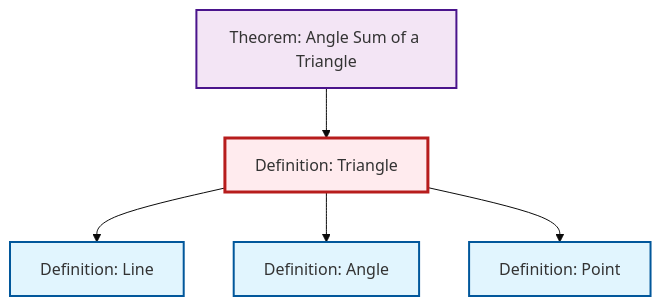
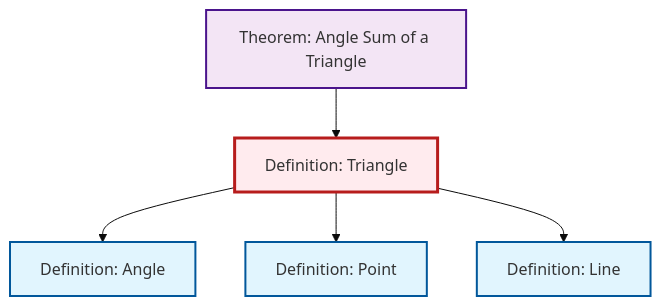
One commit to RK0429/ModernMath changed the diagram in content/en/geometry/def-triangle.qmd. Above: the diagram before and after it, drawn with Mermaid (base theme). The commit also changed other lines of this file and 417 other files, not shown here.

````diff
--- a/content/en/geometry/def-triangle.qmd
+++ b/content/en/geometry/def-triangle.qmd
@@ -59,23 +59,23 @@
 ```{mermaid}
 %%| fig-cap: "Local dependency graph"
 graph TD
     classDef definition fill:#e1f5fe,stroke:#01579b,stroke-width:2px
     classDef theorem fill:#f3e5f5,stroke:#4a148c,stroke-width:2px
     classDef axiom fill:#fff3e0,stroke:#e65100,stroke-width:2px
     classDef example fill:#e8f5e9,stroke:#1b5e20,stroke-width:2px
     classDef current fill:#ffebee,stroke:#b71c1c,stroke-width:3px
+    def-point["Definition: Point"]:::definition
     thm-angle-sum-triangle["Theorem: Angle Sum of a Triangle"]:::theorem
-    def-point["Definition: Point"]:::definition
     def-triangle["Definition: Triangle"]:::definition
+    def-angle["Definition: Angle"]:::definition
     def-line["Definition: Line"]:::definition
-    def-angle["Definition: Angle"]:::definition
-    def-triangle --> def-line
     def-triangle --> def-angle
     def-triangle --> def-point
     thm-angle-sum-triangle --> def-triangle
+    def-triangle --> def-line
     class def-triangle current
+    click def-point "def-point.html" "Go to Point definition"
     click thm-angle-sum-triangle "thm-angle-sum-triangle.html" "Go to Angle Sum of a Triangle theorem"
-    click def-point "def-point.html" "Go to Point definition"
+    click def-angle "def-angle.html" "Go to Angle definition"
     click def-line "def-line.html" "Go to Line definition"
-    click def-angle "def-angle.html" "Go to Angle definition"
 ```
````
